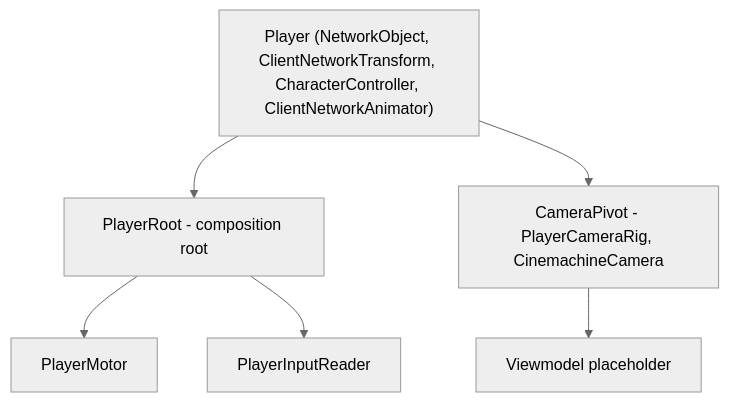
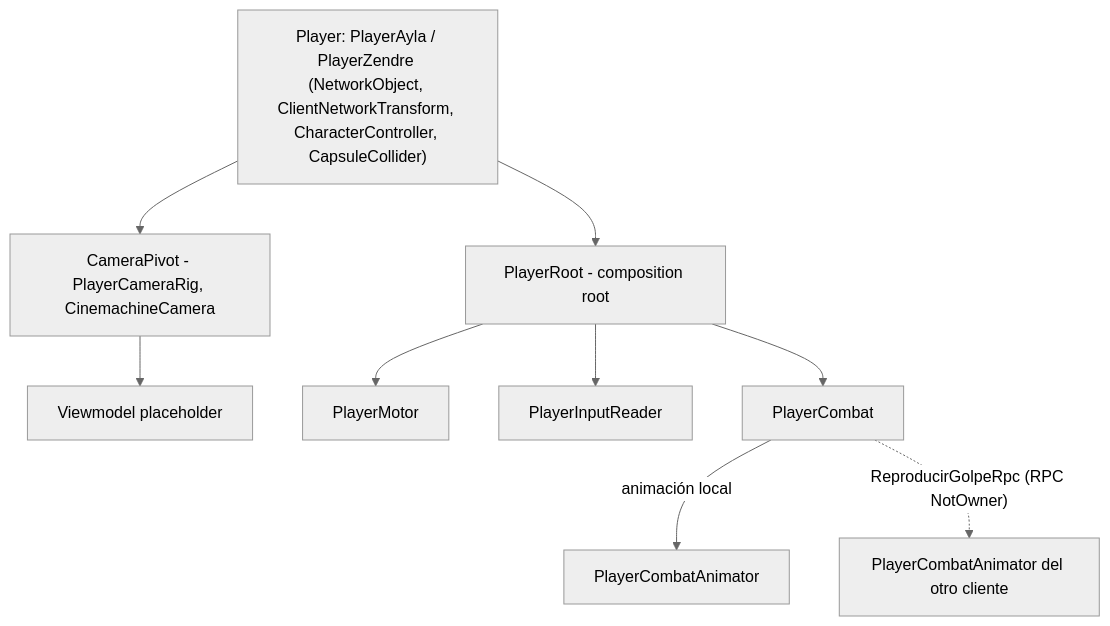
Before and after one commit to VicBojoDev10/DeathOfMeaningRepo: the diagram in docs/diagrams/player-prefab.mermaid, drawn with Mermaid (neutral theme). The commit also changed 1 other file, not shown here.

Commit message:
fix: 62 quita ClientNetworkAnimator fantasma del diagrama del Player

```diff
--- a/docs/diagrams/player-prefab.mermaid
+++ b/docs/diagrams/player-prefab.mermaid
@@ -1,7 +1,10 @@
 flowchart TD
-    Player["Player (NetworkObject, ClientNetworkTransform, CharacterController, ClientNetworkAnimator)"]
+    Player["Player: PlayerAyla / PlayerZendre (NetworkObject, ClientNetworkTransform, CharacterController, CapsuleCollider)"]
     Player --> Root[PlayerRoot - composition root]
     Player --> Pivot[CameraPivot - PlayerCameraRig, CinemachineCamera]
     Pivot --> VM[Viewmodel placeholder]
     Root --> Motor[PlayerMotor]
     Root --> Reader[PlayerInputReader]
+    Root --> Combat[PlayerCombat]
+    Combat -->|animación local| AnimLocal[PlayerCombatAnimator]
+    Combat -.->|"ReproducirGolpeRpc (RPC NotOwner)"| AnimRemoto["PlayerCombatAnimator del otro cliente"]
```
